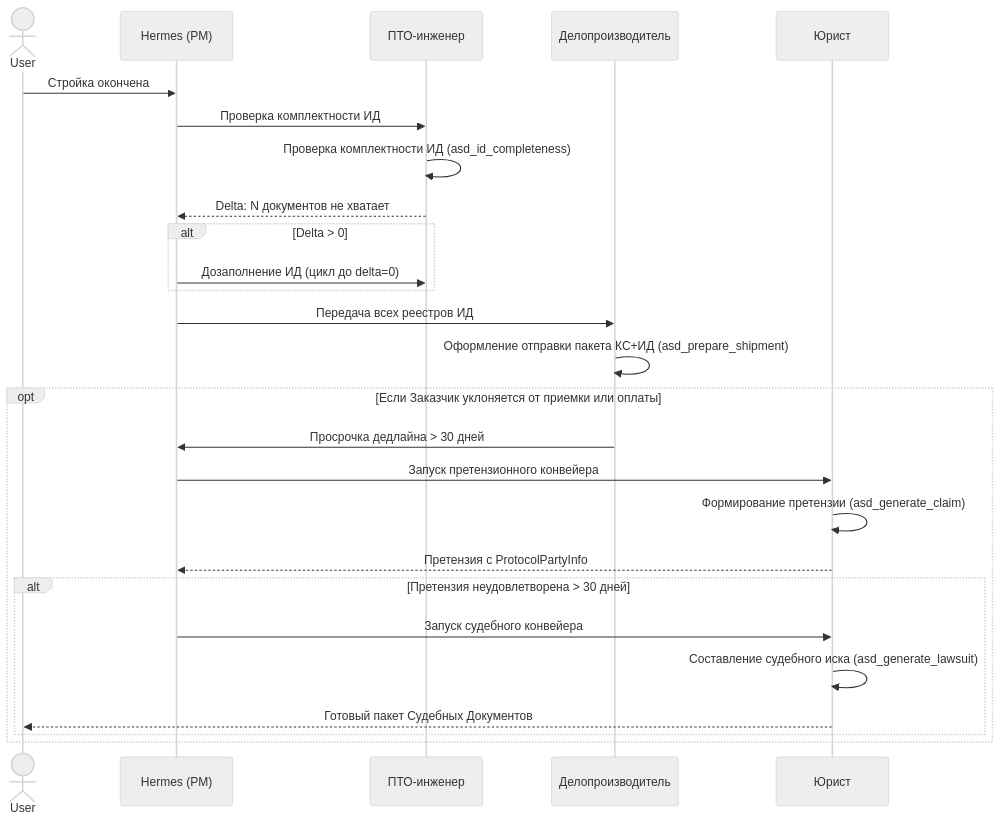
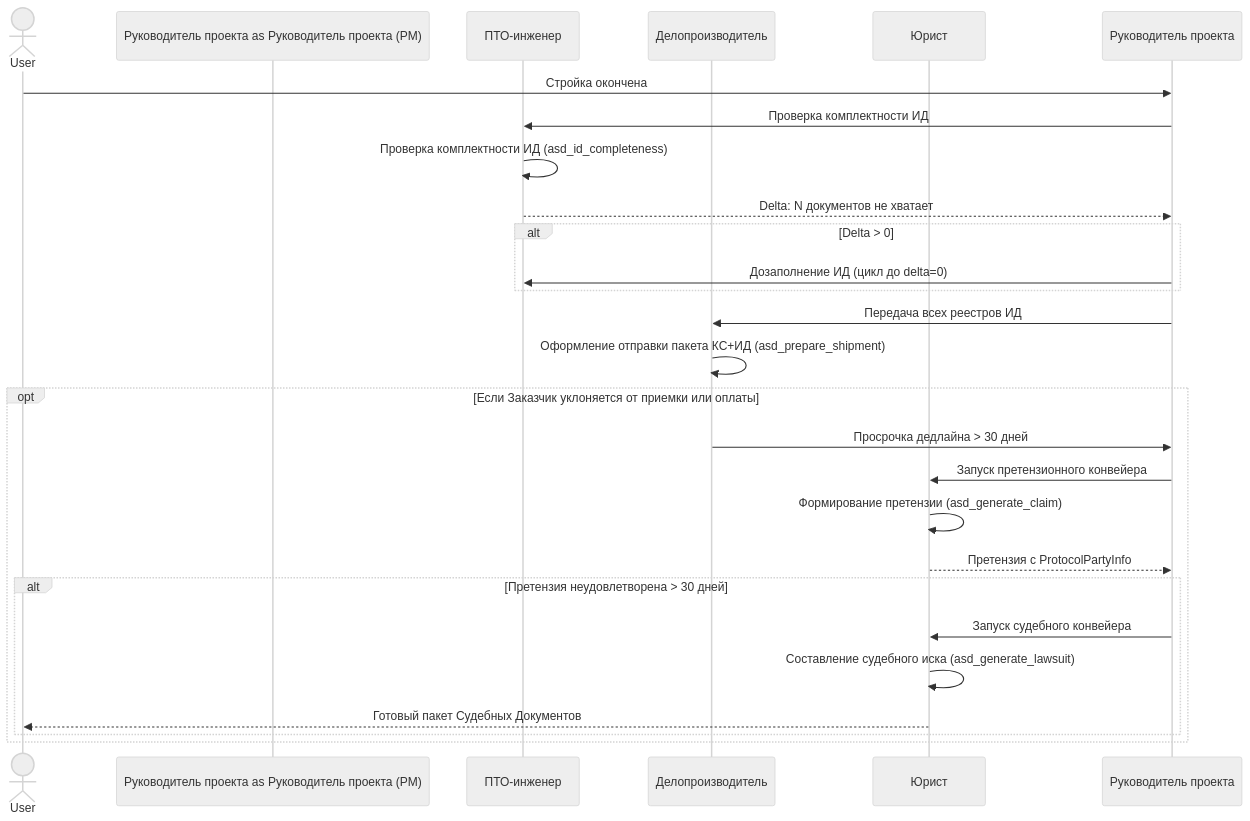
Before and after one commit to yamazaki1711/mac_asd: the sixth of 6 diagrams in docs/BUILDING_LIFECYCLE_WORKFLOW.md, drawn with Mermaid (neutral theme). The commit also changed other lines of this file and 56 other files, not shown here.

````diff
--- a/docs/BUILDING_LIFECYCLE_WORKFLOW.md
+++ b/docs/BUILDING_LIFECYCLE_WORKFLOW.md
@@ -194,32 +194,32 @@
 ```mermaid
 sequenceDiagram
     actor User
-    participant Hermes as Hermes (PM)
+    participant Руководитель проекта as Руководитель проекта (PM)
     participant PTO as ПТО-инженер
     participant Delo as Делопроизводитель
     participant Jurist as Юрист
 
-    User->>Hermes: Стройка окончена
-    Hermes->>PTO: Проверка комплектности ИД
+    User->>Руководитель проекта: Стройка окончена
+    Руководитель проекта->>PTO: Проверка комплектности ИД
     PTO->>PTO: Проверка комплектности ИД (asd_id_completeness)
-    PTO-->>Hermes: Delta: N документов не хватает
+    PTO-->>Руководитель проекта: Delta: N документов не хватает
 
     alt Delta > 0
-        Hermes->>PTO: Дозаполнение ИД (цикл до delta=0)
+        Руководитель проекта->>PTO: Дозаполнение ИД (цикл до delta=0)
     end
 
-    Hermes->>Delo: Передача всех реестров ИД
+    Руководитель проекта->>Delo: Передача всех реестров ИД
     Delo->>Delo: Оформление отправки пакета КС+ИД (asd_prepare_shipment)
 
     opt Если Заказчик уклоняется от приемки или оплаты
-        Delo->>Hermes: Просрочка дедлайна > 30 дней
-        Hermes->>Jurist: Запуск претензионного конвейера
+        Delo->>Руководитель проекта: Просрочка дедлайна > 30 дней
+        Руководитель проекта->>Jurist: Запуск претензионного конвейера
         Jurist->>Jurist: Формирование претензии (asd_generate_claim)
-        Jurist-->>Hermes: Претензия с ProtocolPartyInfo
+        Jurist-->>Руководитель проекта: Претензия с ProtocolPartyInfo
         alt Претензия неудовлетворена > 30 дней
-            Hermes->>Jurist: Запуск судебного конвейера
+            Руководитель проекта->>Jurist: Запуск судебного конвейера
             Jurist->>Jurist: Составление судебного иска (asd_generate_lawsuit)
             Jurist-->>User: Готовый пакет Судебных Документов
         end
     end
 ```
````
